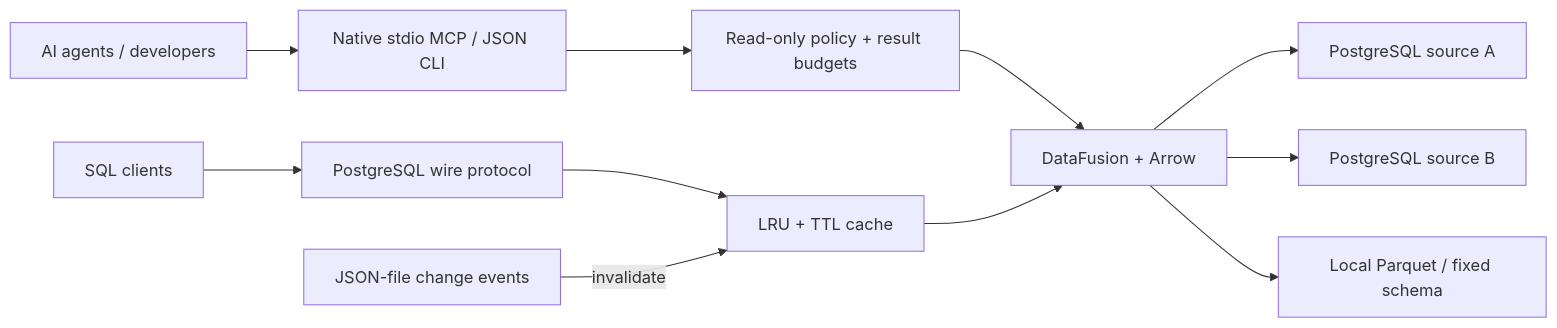
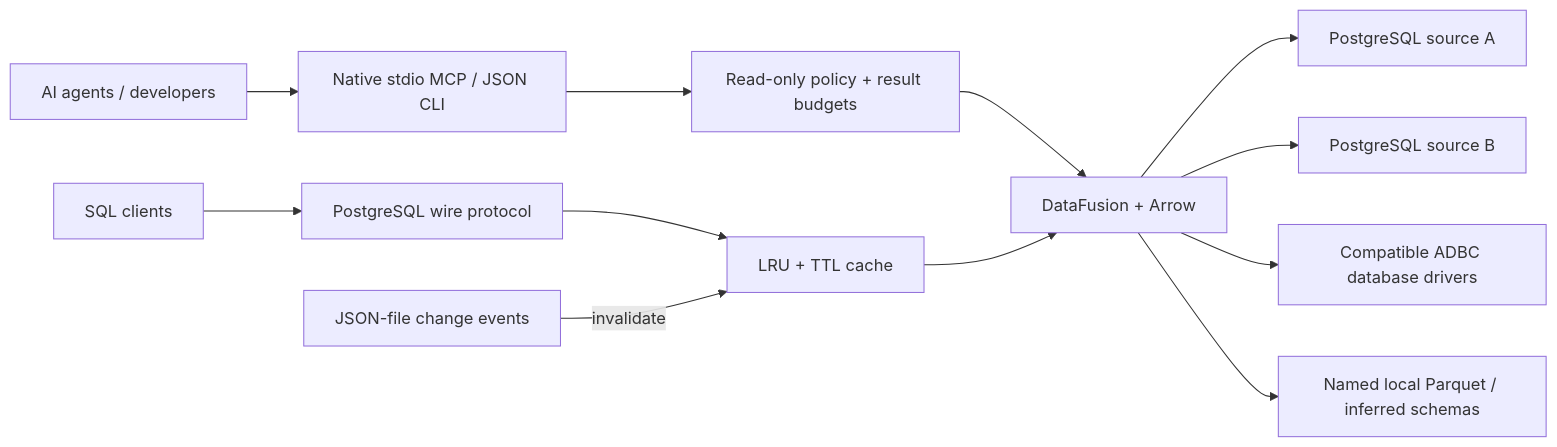
The diagram in README.md (igloodb/igloodb), drawn with Mermaid before and after one commit. The commit also changed other lines of this file and 31 other files, not shown here.

First line of the commit message:
Add generic ADBC federation and inferred-schema Parquet sources

````diff
--- a/README.md
+++ b/README.md
@@ -61,13 +69,14 @@
 ```mermaid
 flowchart LR
     AGENTS["AI agents / developers"] --> MCP["Native stdio MCP / JSON CLI"]
     MCP --> POLICY["Read-only policy + result budgets"]
     POLICY --> ENGINE["DataFusion + Arrow"]
     CLIENT["SQL clients"] --> PGWIRE["PostgreSQL wire protocol"]
     PGWIRE --> CACHE["LRU + TTL cache"]
     CACHE --> ENGINE
     CDC["JSON-file change events"] -->|invalidate| CACHE
     ENGINE --> PG1["PostgreSQL source A"]
     ENGINE --> PG2["PostgreSQL source B"]
-    ENGINE --> PARQUET["Local Parquet / fixed schema"]
+    ENGINE --> ADBC["Compatible ADBC database drivers"]
+    ENGINE --> PARQUET["Named local Parquet / inferred schemas"]
 ```
````
